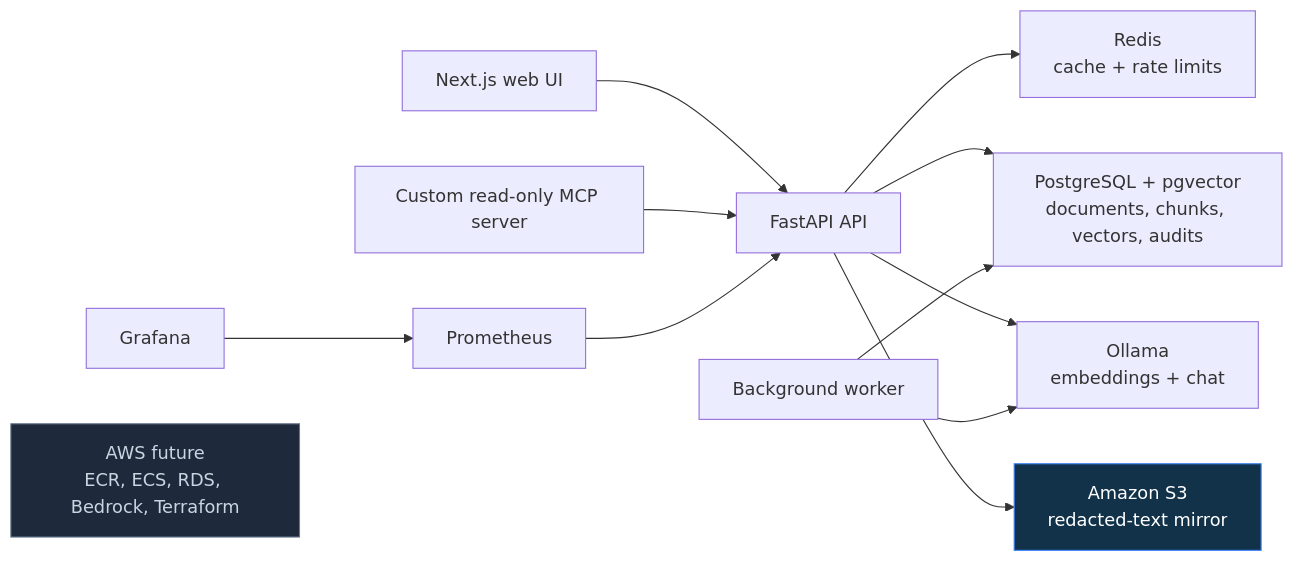
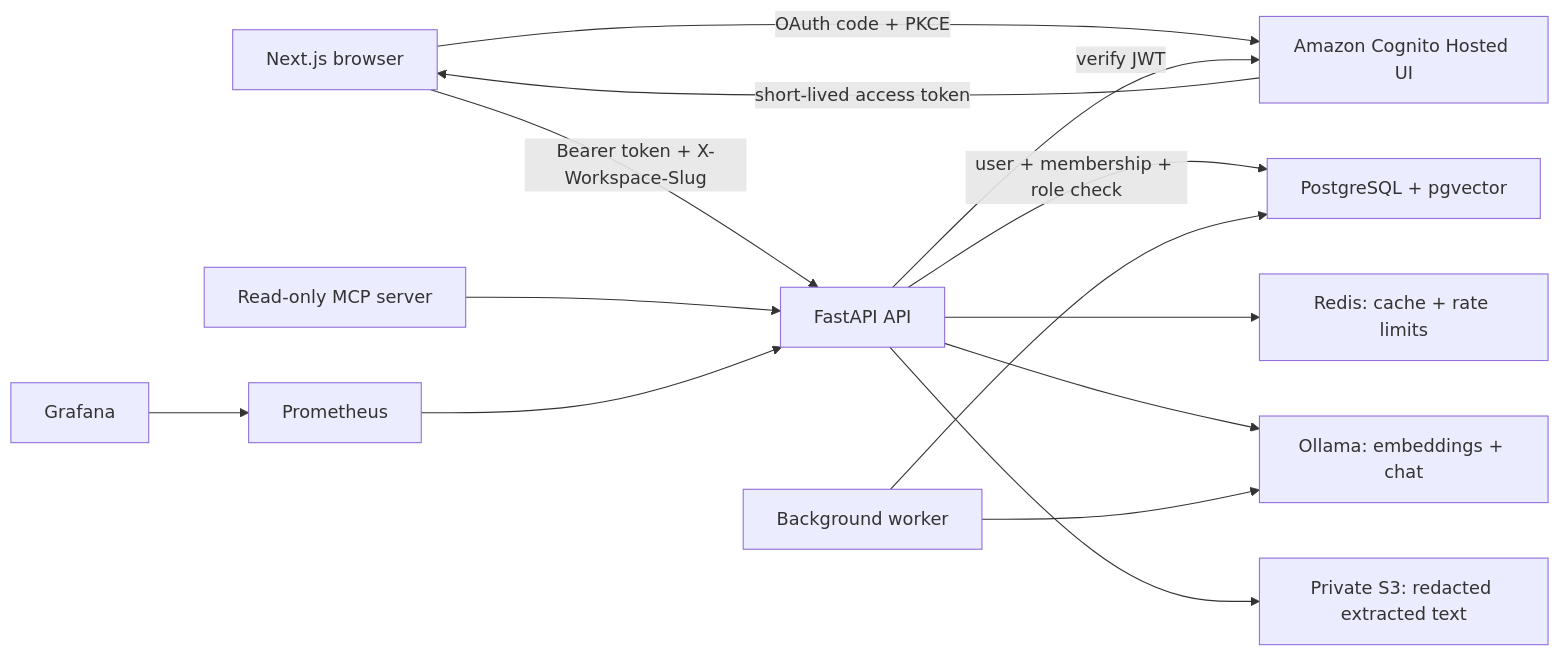
Before and after one commit to Shruti9756/secure-cloudops-copilot: the first of 2 diagrams in README.md, drawn with Mermaid. The commit also changed other lines of this file and 1 other file, not shown here.

Commit message:
docs: update V0.2 security architecture

````diff
--- a/README.md
+++ b/README.md
@@ -29,21 +47,20 @@
-```mermaid
+~~~mermaid
 flowchart LR
-    UI["Next.js web UI"] --> API["FastAPI API"]
-    MCP["Custom read-only MCP server"] --> API
+    Browser["Next.js browser"] -->|OAuth code + PKCE| Cognito["Amazon Cognito Hosted UI"]
+    Cognito -->|short-lived access token| Browser
 
-    API --> Redis["Redis<br/>cache + rate limits"]
-    API --> DB["PostgreSQL + pgvector<br/>documents, chunks, vectors, audits"]
-    API --> Ollama["Ollama<br/>embeddings + chat"]
-    API --> S3["Amazon S3<br/>redacted-text mirror"]:::cloud
+    Browser -->|Bearer token + X-Workspace-Slug| API["FastAPI API"]
+    API -->|verify JWT| Cognito
+    API -->|user + membership + role check| DB["PostgreSQL + pgvector"]
+
+    API --> Redis["Redis: cache + rate limits"]
+    API --> Ollama["Ollama: embeddings + chat"]
+    API --> S3["Private S3: redacted extracted text"]
 
     Worker["Background worker"] --> DB
     Worker --> Ollama
 
+    MCP["Read-only MCP server"] --> API
     Prometheus["Prometheus"] --> API
     Grafana["Grafana"] --> Prometheus
-
-    AWS["AWS future<br/>ECR, ECS, RDS, Bedrock, Terraform"]:::future
-
-    classDef cloud fill:#12324a,color:#ffffff,stroke:#3b82f6;
-    classDef future fill:#1e293b,color:#cbd5e1,stroke:#64748b;
-```
+~~~
````
